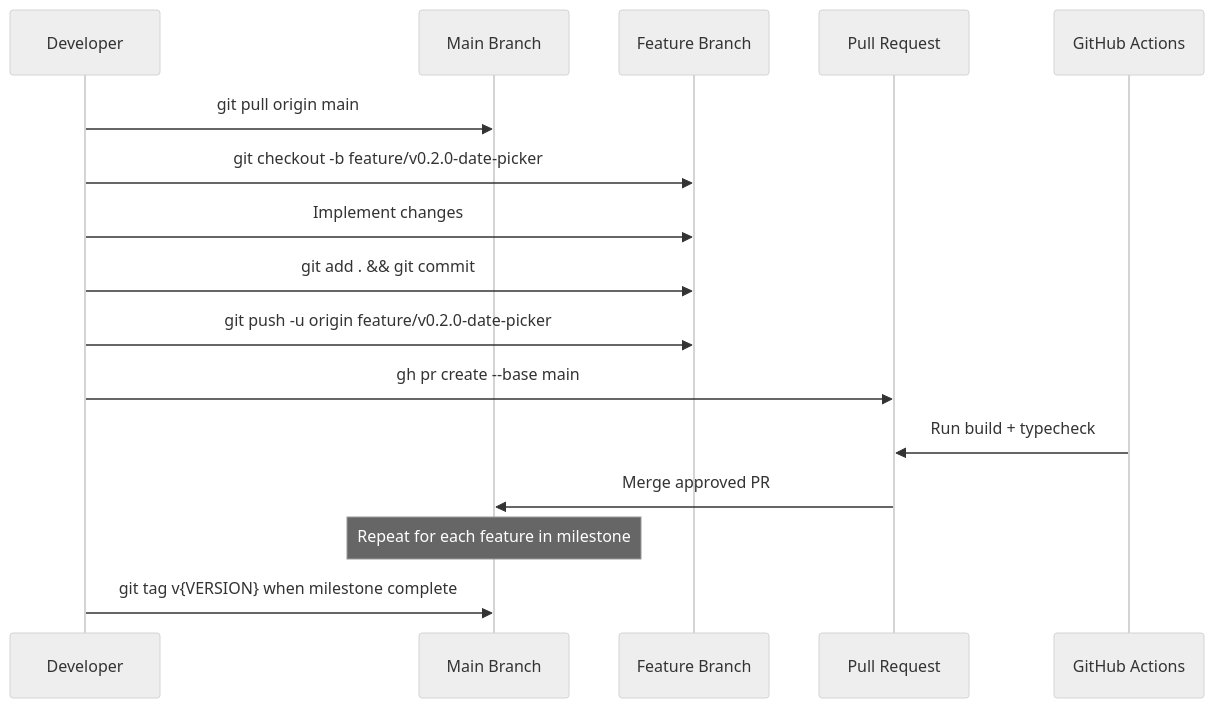
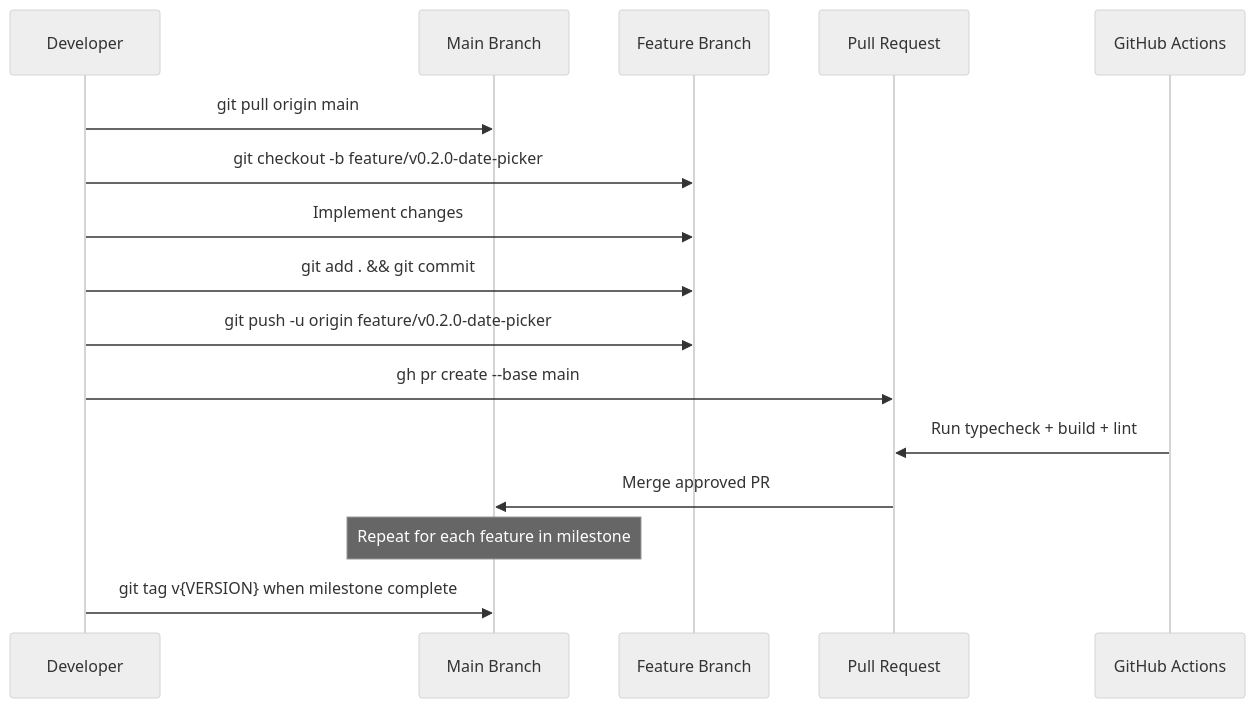
Before and after one commit to WianVDM/schema-framework: the third of 4 diagrams in docs/roadmap.md, drawn with Mermaid (neutral theme). The commit also changed other lines of this file and 3 other files, not shown here.

First line of the commit message:
docs: update README, PR template, roadmap, and ADR-005

````diff
--- a/docs/roadmap.md
+++ b/docs/roadmap.md
@@ -495,19 +495,19 @@
 ```mermaid
 sequenceDiagram
     participant Dev as Developer
     participant Main as Main Branch
     participant Feature as Feature Branch
     participant PR as Pull Request
     participant CI as GitHub Actions
 
     Dev->>Main: git pull origin main
     Dev->>Feature: git checkout -b feature/v0.2.0-date-picker
     Dev->>Feature: Implement changes
     Dev->>Feature: git add . && git commit
     Dev->>Feature: git push -u origin feature/v0.2.0-date-picker
     Dev->>PR: gh pr create --base main
-    CI->>PR: Run build + typecheck
+    CI->>PR: Run typecheck + build + lint
     PR->>Main: Merge approved PR
     Note over Main: Repeat for each feature in milestone
     Dev->>Main: git tag v{VERSION} when milestone complete
 ```
````
